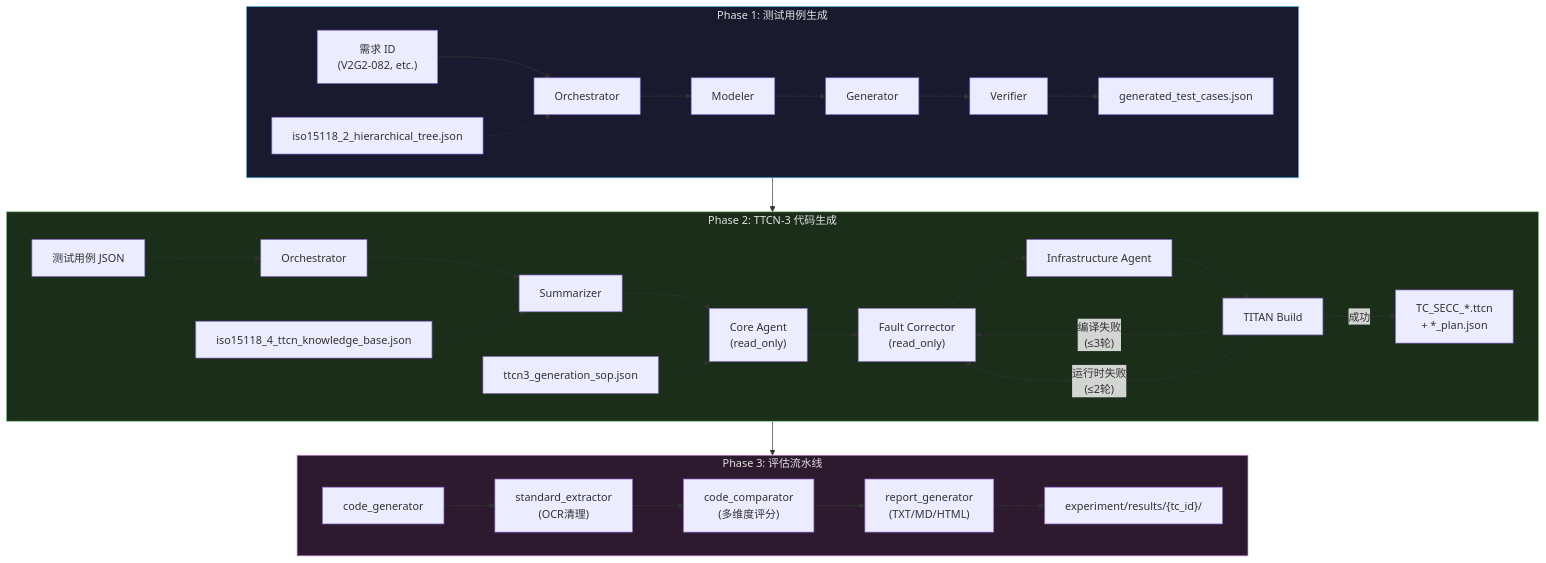
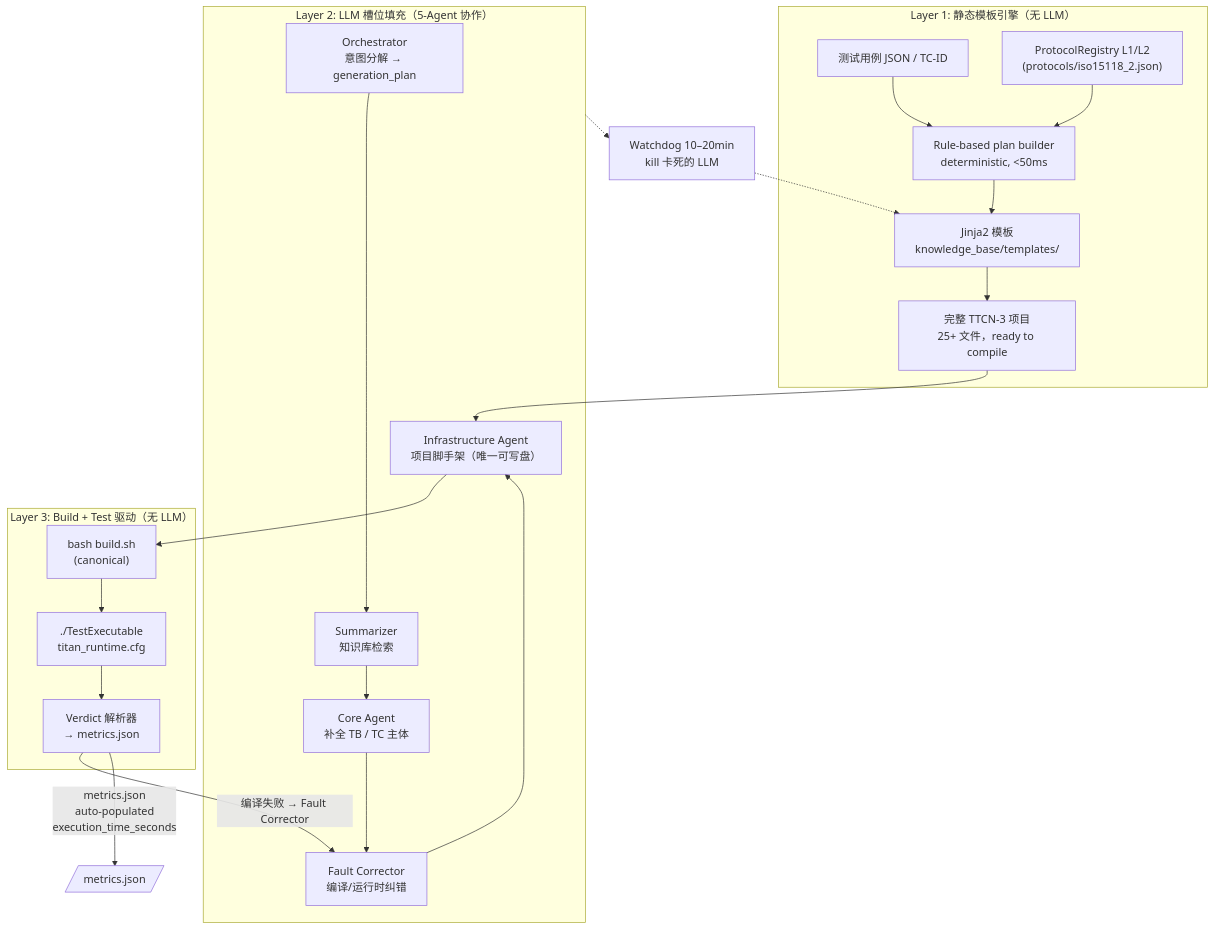
One commit to Alex66366/ISO15118-conformance-test changed the diagram in agent/README.md. Above: the diagram before and after it, drawn with Mermaid. The commit also changed other lines of this file and 1069 other files, not shown here.

Commit message:
Introduce Jinja templates to mitigate LLM hallucinations.

````diff
--- a/agent/README.md
+++ b/agent/README.md
@@ -373,51 +323,37 @@
 ```mermaid
 flowchart TB
-    subgraph PH1["Phase 1: 测试用例生成"]
-        P1_req["需求 ID\n(V2G2-082, etc.)"]
-        P1_proto["iso15118_2_hierarchical_tree.json"]
-        P1_orch["Orchestrator"]
-        P1_model["Modeler"]
-        P1_gen["Generator"]
-        P1_veri["Verifier"]
-        P1_out["generated_test_cases.json"]
-        P1_req --> P1_orch --> P1_model --> P1_gen --> P1_veri --> P1_out
-        P1_proto -.-> P1_orch
+    subgraph L1["Layer 1: 静态模板引擎（无 LLM）"]
+        L1a["测试用例 JSON / TC-ID"]
+        L1b["ProtocolRegistry L1/L2<br/>(protocols/iso15118_2.json)"]
+        L1c["Rule-based plan builder<br/>deterministic, &lt;50ms"]
+        L1d["Jinja2 模板<br/>knowledge_base/templates/"]
+        L1a --> L1c --> L1d
+        L1b --> L1c
+        L1d --> L1e["完整 TTCN-3 项目<br/>25+ 文件，ready to compile"]
     end
 
-    subgraph PH2["Phase 2: TTCN-3 代码生成"]
-        P2_tc["测试用例 JSON"]
-        P2_sop["ttcn3_generation_sop.json"]
-        P2_kb["iso15118_4_ttcn_knowledge_base.json"]
-        P2_orch["Orchestrator"]
-        P2_sum["Summarizer"]
-        P2_core["Core Agent\n(read_only)"]
-        P2_fc["Fault Corrector\n(read_only)"]
-        P2_infra["Infrastructure Agent"]
-        P2_build["TITAN Build"]
-        P2_out["TC_SECC_*.ttcn\n+ *_plan.json"]
-        P2_tc --> P2_orch --> P2_sum --> P2_core
-        P2_kb -.-> P2_sum
-        P2_sop -.-> P2_core
-        P2_core --> P2_fc
-        P2_fc --> P2_infra --> P2_build
-        P2_build -->|"编译失败\n(≤3轮)"| P2_fc
-        P2_build -->|"运行时失败\n(≤2轮)"| P2_fc
-        P2_build -->|"成功"| P2_out
+    subgraph L2["Layer 2: LLM 槽位填充（5-Agent 协作）"]
+        L2a["Orchestrator<br/>意图分解 → generation_plan"]
+        L2b["Summarizer<br/>知识库检索"]
+        L2c["Core Agent<br/>补全 TB / TC 主体"]
+        L2d["Fault Corrector<br/>编译/运行时纠错"]
+        L2e["Infrastructure Agent<br/>项目脚手架（唯一可写盘）"]
+        L2a --> L2b --> L2c --> L2d --> L2e
     end
 
-    subgraph PH3["Phase 3: 评估流水线"]
-        P3_gen["code_generator"]
-        P3_std["standard_extractor\n(OCR清理)"]
-        P3_cmp["code_comparator\n(多维度评分)"]
-        P3_rep["report_generator\n(TXT/MD/HTML)"]
-        P3_out["experiment/results/{tc_id}/"]
-        P3_gen --> P3_std --> P3_cmp --> P3_rep --> P3_out
+    subgraph L3["Layer 3: Build + Test 驱动（无 LLM）"]
+        L3a["bash build.sh<br/>(canonical)"]
+        L3b["./TestExecutable<br/>titan_runtime.cfg"]
+        L3c["Verdict 解析器<br/>→ metrics.json"]
+        L3a --> L3b --> L3c
     end
 
-    PH1 --> PH2
-    PH2 --> PH3
+    L1e --> L2e
+    L2e --> L3a
+    L3c -->|编译失败 → Fault Corrector| L2d
+    L3c -->|metrics.json<br/>auto-populated<br/>execution_time_seconds| OUT[/metrics.json/]
 
-    style PH1 fill:#1a1a2e,stroke:#4fc3f7,color:#e0e0e0
-    style PH2 fill:#1a2e1a,stroke:#81c784,color:#e0e0e0
-    style PH3 fill:#2e1a2e,stroke:#ce93d8,color:#e0e0e0
+    WD["Watchdog 10–20min<br/>kill 卡死的 LLM"]
+    L2 -.-> WD
+    WD -.-> L1d
 ```
````
